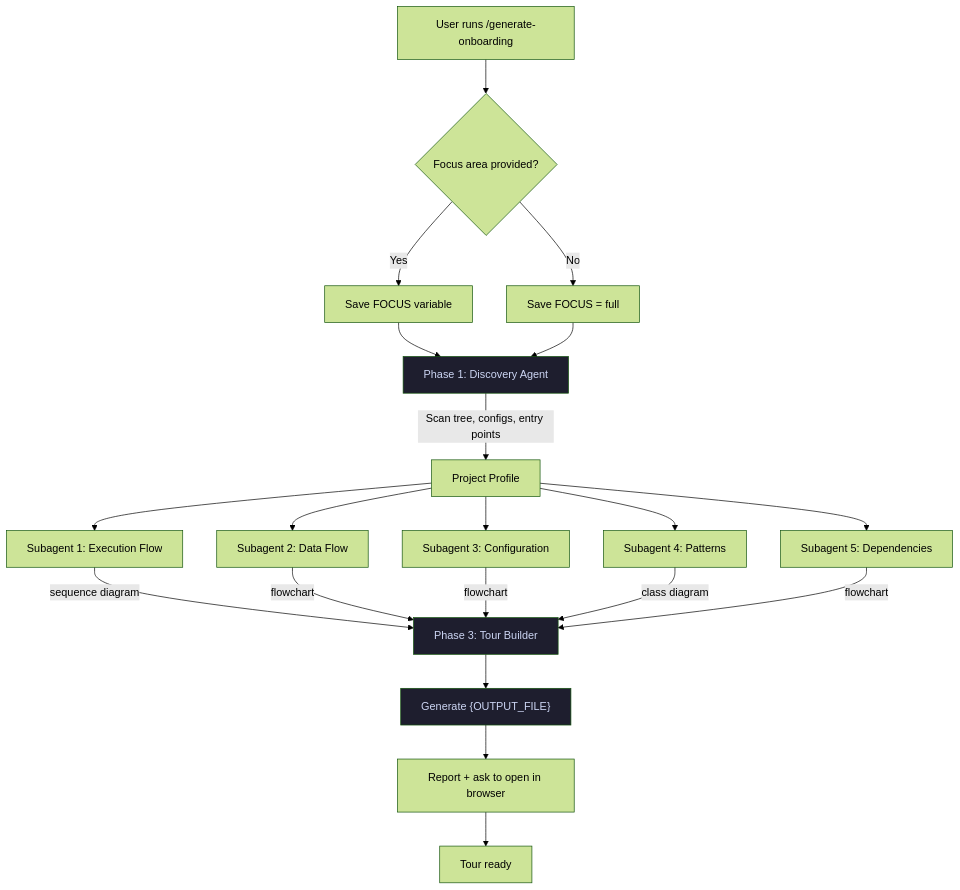
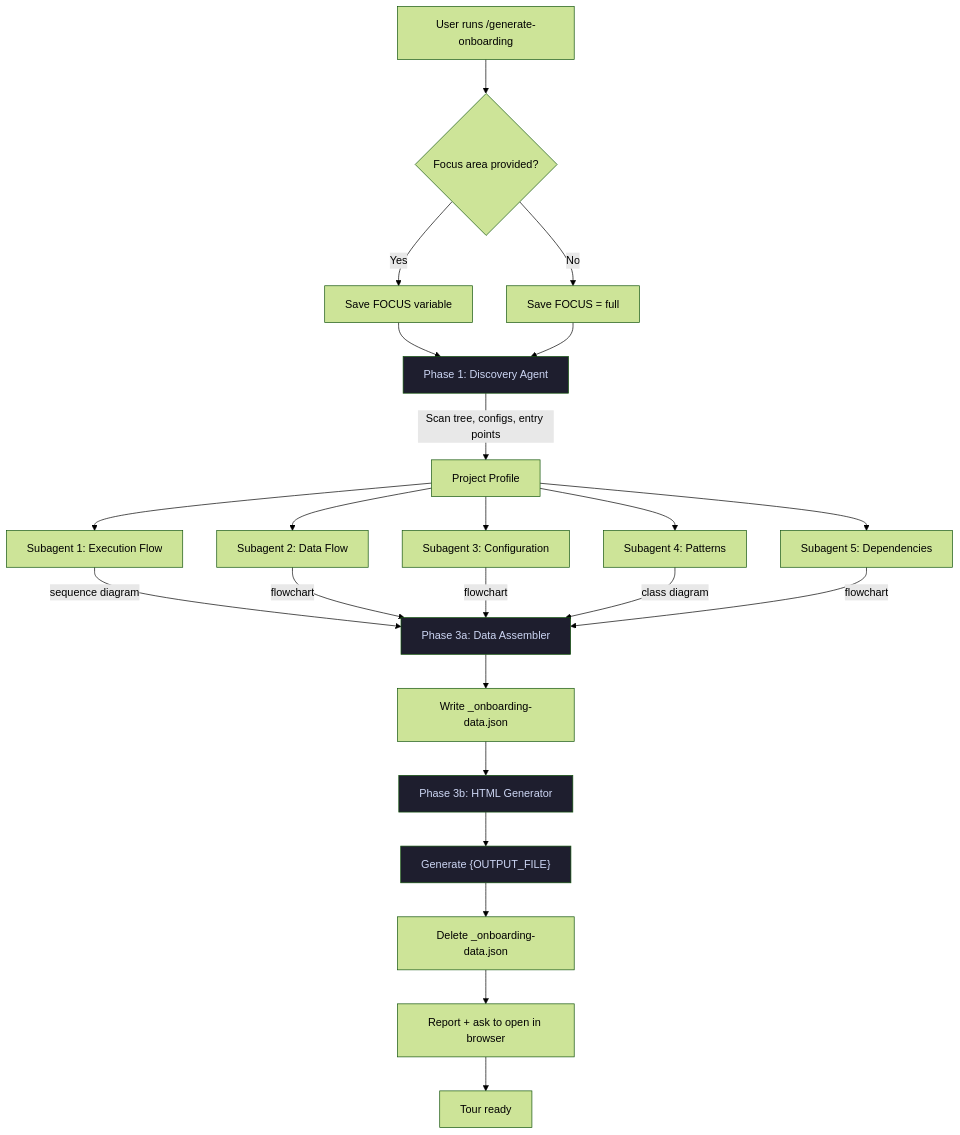
The diagram in docs/generate-onboarding-workflow.md (obiwancenobi/CommandKenobi), drawn with Mermaid (forest theme) before and after one commit. The commit also changed other lines of this file, not shown here.

Commit message:
docs(generate-onboarding): update workflow diagram for two-stage pipeline and Mermaid reliability

````diff
--- a/docs/generate-onboarding-workflow.md
+++ b/docs/generate-onboarding-workflow.md
@@ -7,30 +7,34 @@
 ```mermaid
 flowchart TD
     Start["User runs /generate-onboarding"] --> Focus{"Focus area provided?"}
     Focus -->|"Yes"| SaveFocus["Save FOCUS variable"]
     Focus -->|"No"| FullWalk["Save FOCUS = full"]
     SaveFocus --> Discovery
     FullWalk --> Discovery
 
     Discovery["Phase 1: Discovery Agent"] -->|"Scan tree, configs, entry points"| Profile["Project Profile"]
 
     Profile --> Flow["Subagent 1: Execution Flow"]
     Profile --> Data["Subagent 2: Data Flow"]
     Profile --> Config["Subagent 3: Configuration"]
     Profile --> Patterns["Subagent 4: Patterns"]
     Profile --> Deps["Subagent 5: Dependencies"]
 
-    Flow -->|"sequence diagram"| Builder
-    Data -->|"flowchart"| Builder
-    Config -->|"flowchart"| Builder
-    Patterns -->|"class diagram"| Builder
-    Deps -->|"flowchart"| Builder
+    Flow -->|"sequence diagram"| Assembler
+    Data -->|"flowchart"| Assembler
+    Config -->|"flowchart"| Assembler
+    Patterns -->|"class diagram"| Assembler
+    Deps -->|"flowchart"| Assembler
 
-    Builder["Phase 3: Tour Builder"] --> HTML["Generate {OUTPUT_FILE}"]
-    HTML --> Report["Report + ask to open in browser"]
+    Assembler["Phase 3a: Data Assembler"] --> JSON["Write _onboarding-data.json"]
+    JSON --> Builder["Phase 3b: HTML Generator"]
+    Builder --> HTML["Generate {OUTPUT_FILE}"]
+    HTML --> Cleanup["Delete _onboarding-data.json"]
+    Cleanup --> Report["Report + ask to open in browser"]
     Report --> Done["Tour ready"]
 
     style Discovery fill:#1e1e2e,color:#cdd6f4
+    style Assembler fill:#1e1e2e,color:#cdd6f4
     style Builder fill:#1e1e2e,color:#cdd6f4
     style HTML fill:#1e1e2e,color:#cdd6f4
 ```
````
